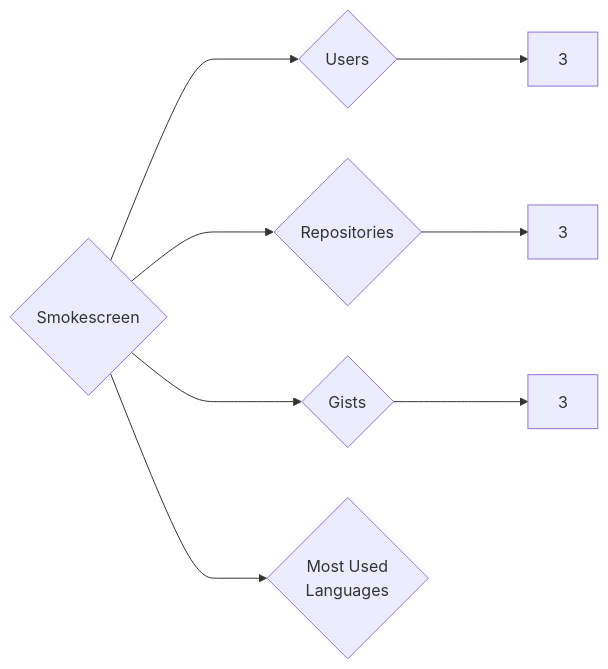
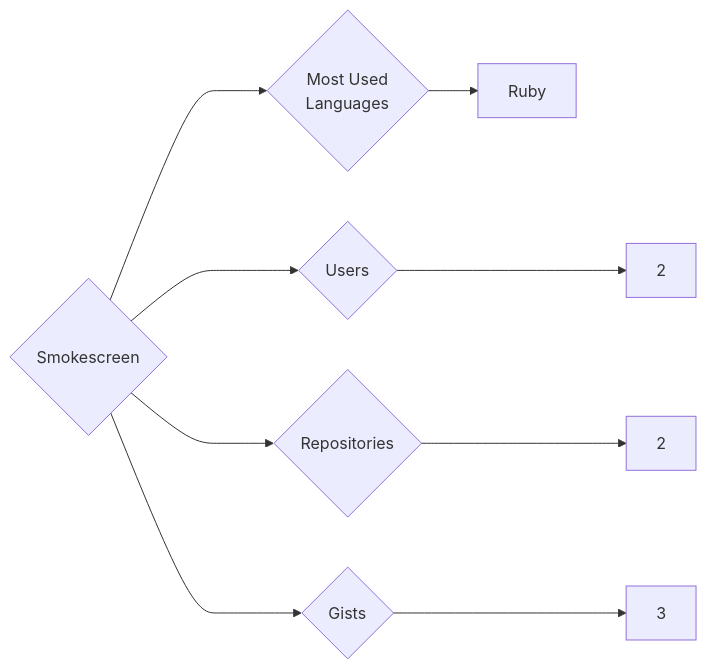
One commit to trickest/insiders changed the diagram in targets/Smokescreen/README.md. Above: the diagram before and after it, drawn with Mermaid. The commit also changed 912 other files, not shown here.

````diff
--- a/targets/Smokescreen/README.md
+++ b/targets/Smokescreen/README.md
@@ -3,8 +3,9 @@
 ```mermaid
 graph LR
 COMPANY_NAME{Smokescreen}
-COMPANY_NAME ---> U{Users} ---> UN[3]
-COMPANY_NAME ---> R{Repositories} ---> RN[3]
+COMPANY_NAME ---> U{Users} ---> UN[2]
+COMPANY_NAME ---> R{Repositories} ---> RN[2]
 COMPANY_NAME ---> G{Gists} ---> GN[3]
 COMPANY_NAME ---> ML{Most Used<br>Languages}
+ML --> Ruby[Ruby]
 ```
````
